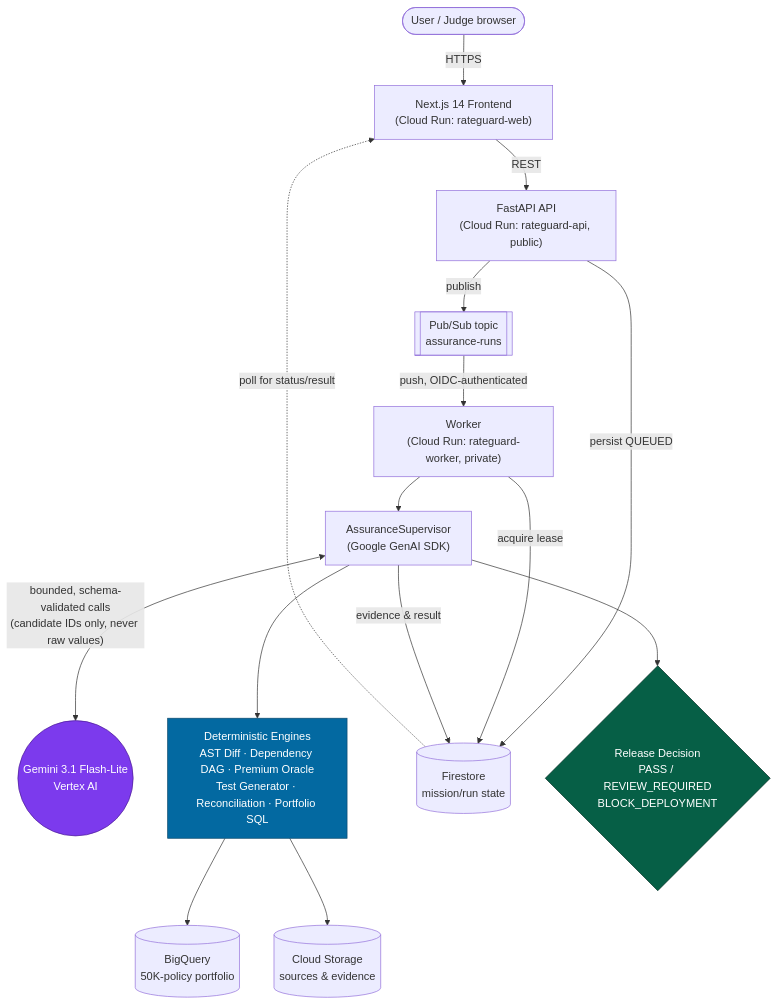
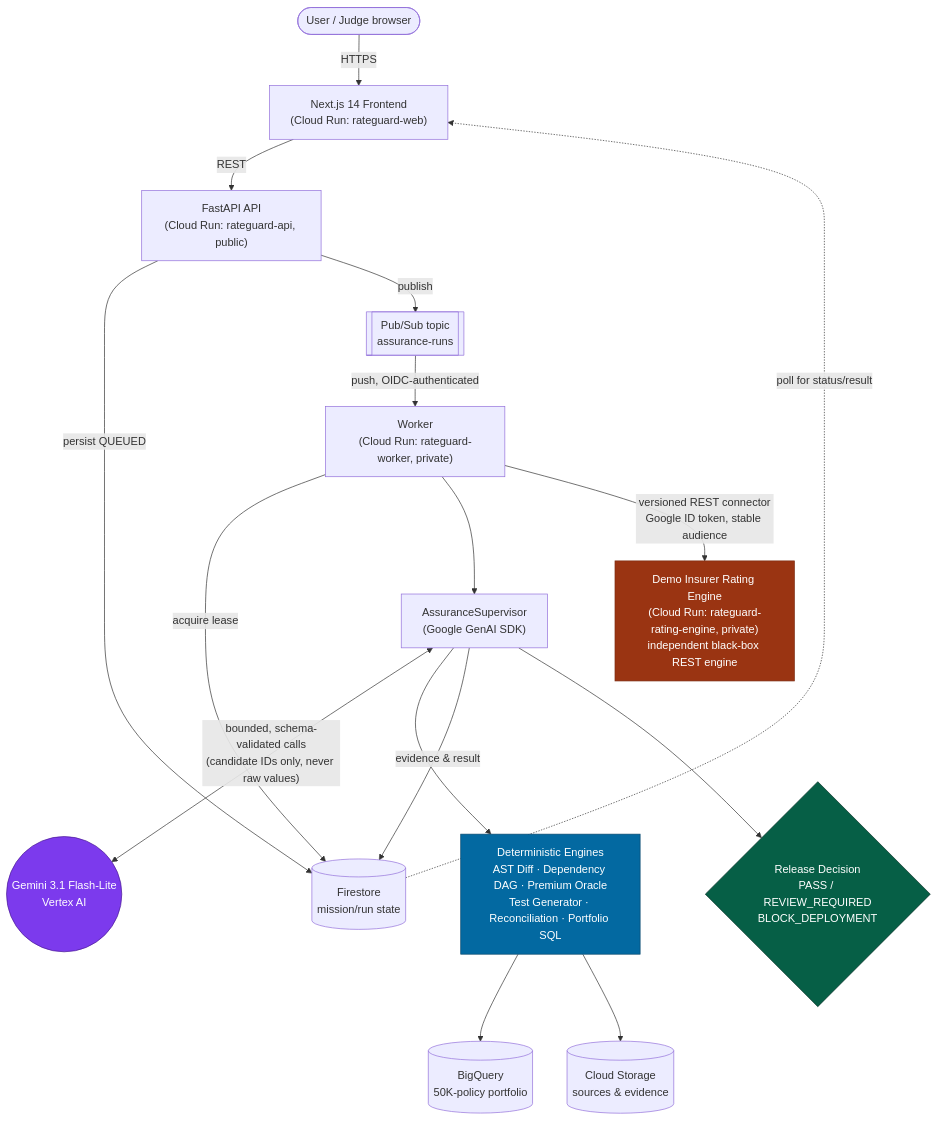
The diagram in README.md (Panja-Sketch/rateguard-enhanced), drawn with Mermaid before and after one commit. The commit also changed other lines of this file, not shown here.

First line of the commit message:
Update README for the deployed architecture, deployment pipeline and results

````diff
--- a/README.md
+++ b/README.md
@@ -66,34 +68,37 @@
 ```mermaid
 flowchart TB
     User(["User / Judge browser"])
     Web["Next.js 14 Frontend<br/>(Cloud Run: rateguard-web)"]
     API["FastAPI API<br/>(Cloud Run: rateguard-api, public)"]
     Topic[["Pub/Sub topic<br/>assurance-runs"]]
     Worker["Worker<br/>(Cloud Run: rateguard-worker, private)"]
+    Engine["Demo Insurer Rating Engine<br/>(Cloud Run: rateguard-rating-engine, private)<br/>independent black-box REST engine"]
     Supervisor["AssuranceSupervisor<br/>(Google GenAI SDK)"]
     Gemini(("Gemini 3.1 Flash-Lite<br/>Vertex AI"))
     Engines["Deterministic Engines<br/>AST Diff · Dependency DAG · Premium Oracle<br/>Test Generator · Reconciliation · Portfolio SQL"]
     Firestore[("Firestore<br/>mission/run state")]
     BigQuery[("BigQuery<br/>50K-policy portfolio")]
     GCS[("Cloud Storage<br/>sources & evidence")]
     Decision{"Release Decision<br/>PASS / REVIEW_REQUIRED<br/>BLOCK_DEPLOYMENT"}
 
     User -- HTTPS --> Web
     Web -- REST --> API
     API -- "persist QUEUED" --> Firestore
     API -- publish --> Topic
     Topic -- "push, OIDC-authenticated" --> Worker
     Worker -- "acquire lease" --> Firestore
     Worker --> Supervisor
     Supervisor <-- "bounded, schema-validated calls<br/>(candidate IDs only, never raw values)" --> Gemini
     Supervisor --> Engines
+    Worker -- "versioned REST connector<br/>Google ID token, stable audience" --> Engine
     Engines --> BigQuery
     Engines --> GCS
     Supervisor -- evidence & result --> Firestore
     Supervisor --> Decision
     Firestore -. poll for status/result .-> Web
 
+    style Engine fill:#9a3412,stroke:#7c2d12,color:#fff
     style Gemini fill:#7c3aed,stroke:#4c1d95,color:#fff
     style Engines fill:#0369a1,stroke:#0c4a6e,color:#fff
     style Decision fill:#065f46,stroke:#022c22,color:#fff
 ```
````
